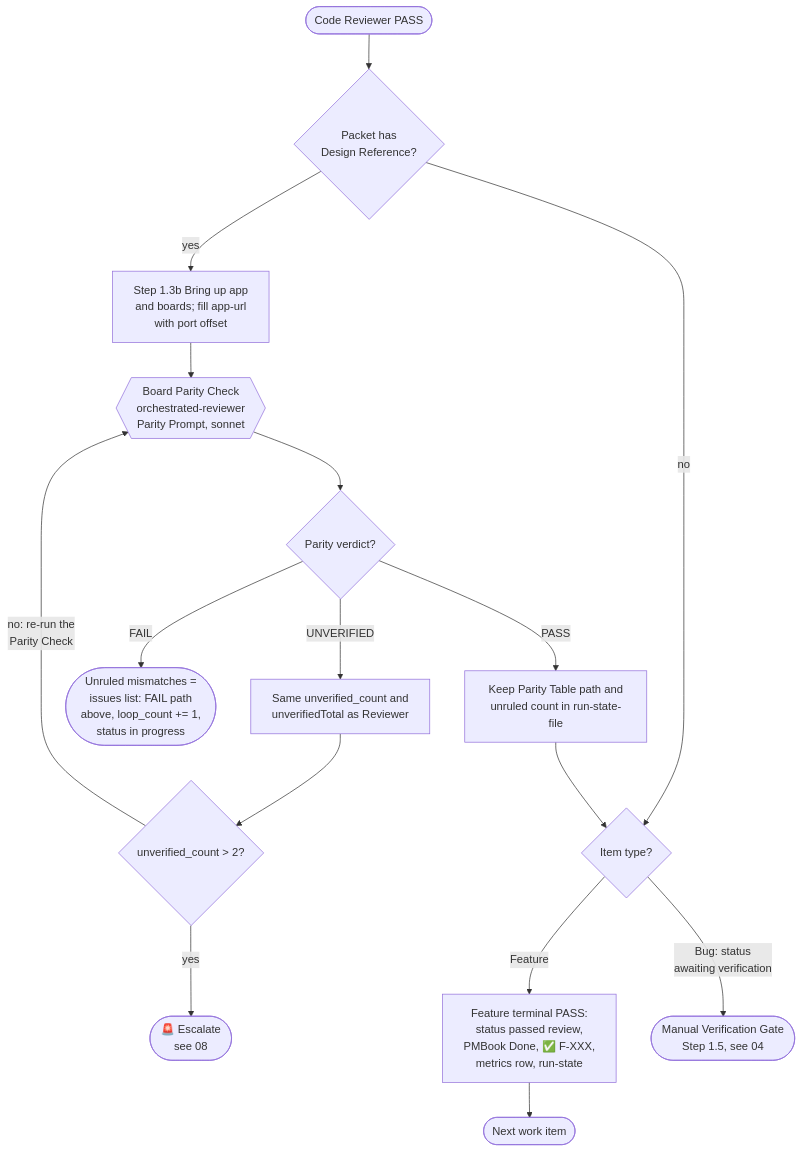
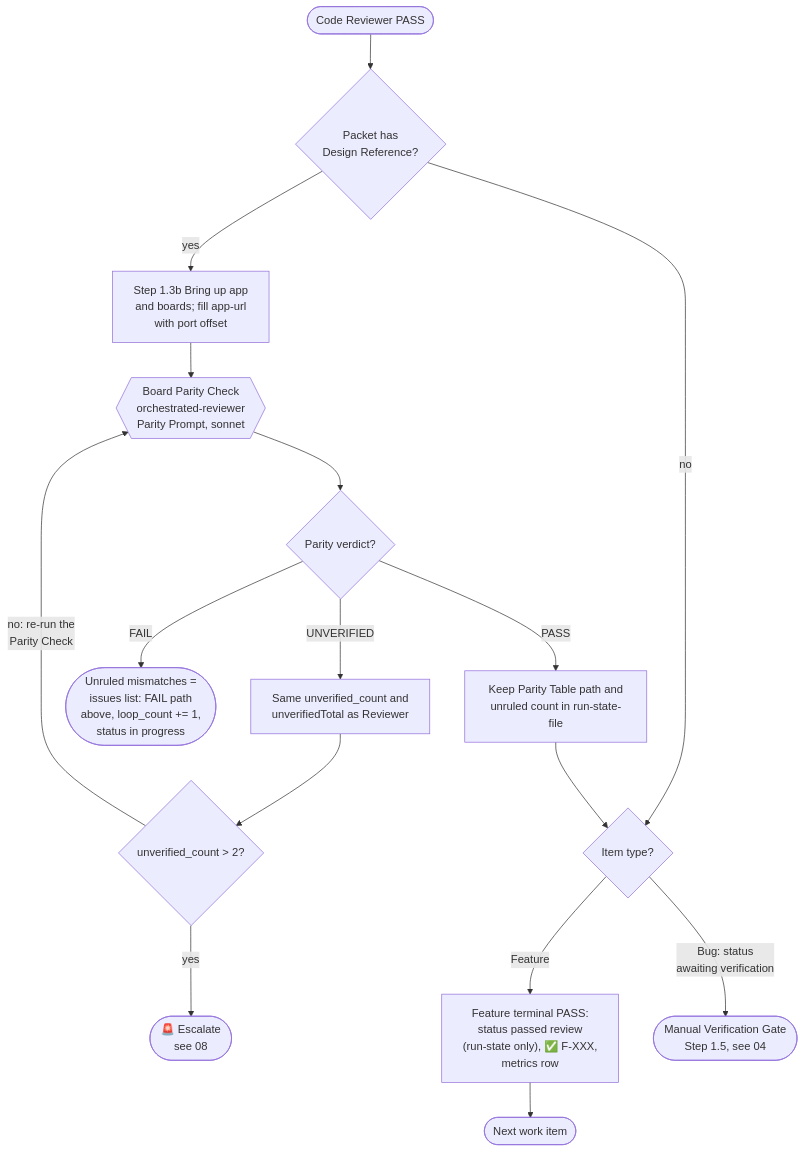
The second of 3 diagrams in skills/orchestrator-development-pattern/mermaid/03-phase1-work-item-loop.md (muhammedalikhan86/claude-stash), drawn with Mermaid before and after one commit. The commit also changed other lines of this file and 32 other files, not shown here.

````diff
--- a/skills/orchestrator-development-pattern/mermaid/03-phase1-work-item-loop.md
+++ b/skills/orchestrator-development-pattern/mermaid/03-phase1-work-item-loop.md
@@ -57,28 +72,28 @@
 ```mermaid
 flowchart TD
     Pass(["Code Reviewer PASS"])
     HasRef{"Packet has<br/>Design Reference?"}
     Up["Step 1.3b Bring up app<br/>and boards; fill app-url<br/>with port offset"]
     Parity{{"Board Parity Check<br/>orchestrated-reviewer<br/>Parity Prompt, sonnet"}}
     PV{"Parity verdict?"}
     Keep["Keep Parity Table path and<br/>unruled count in run-state-file"]
     Retry(["Unruled mismatches =<br/>issues list: FAIL path<br/>above, loop_count += 1,<br/>status in progress"])
     UV["Same unverified_count and<br/>unverifiedTotal as Reviewer"]
     UVMax{"unverified_count > 2?"}
     Esc(["🚨 Escalate<br/>see 08"])
     Kind{"Item type?"}
-    Done["Feature terminal PASS:<br/>status passed review,<br/>PMBook Done, ✅ F-XXX,<br/>metrics row, run-state"]
+    Done["Feature terminal PASS:<br/>status passed review<br/>(run-state only), ✅ F-XXX,<br/>metrics row"]
     Next(["Next work item"])
     MV(["Manual Verification Gate<br/>Step 1.5, see 04"])
 
     Pass --> HasRef
     HasRef -->|no| Kind
     HasRef -->|yes| Up --> Parity --> PV
     PV -->|FAIL| Retry
     PV -->|UNVERIFIED| UV --> UVMax
     UVMax -->|"no: re-run the<br/>Parity Check"| Parity
     UVMax -->|yes| Esc
     PV -->|PASS| Keep --> Kind
     Kind -->|Feature| Done --> Next
     Kind -->|"Bug: status<br/>awaiting verification"| MV
 ```
````
